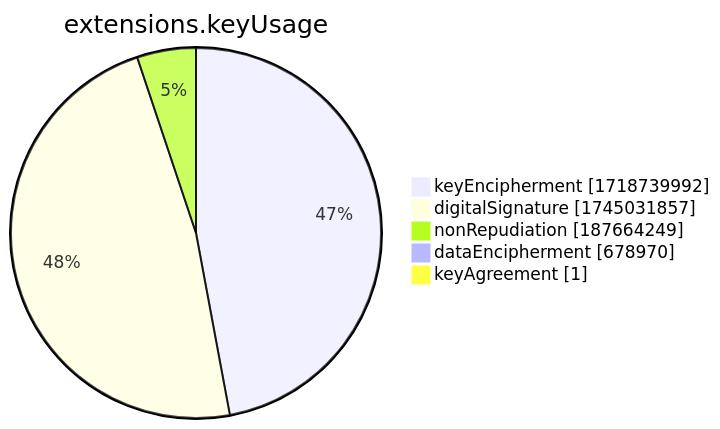
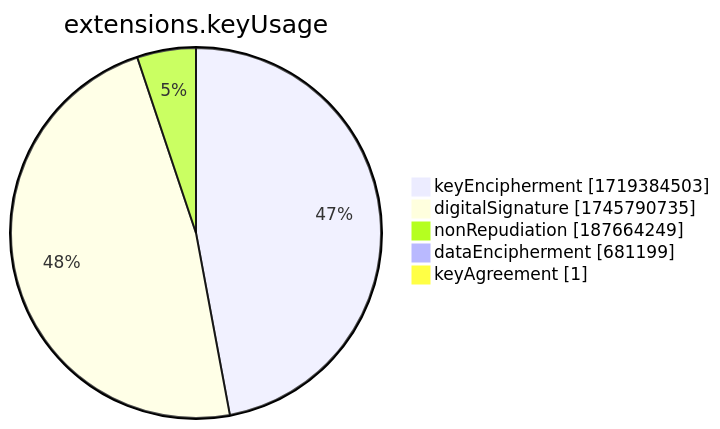
One commit to christiankrug/ctmonitor_visualization changed the seventh of 15 diagrams in xenon2022/README.md. Above: the diagram before and after it, drawn with Mermaid. The commit also changed other lines of this file, not shown here.

````diff
--- a/xenon2022/README.md
+++ b/xenon2022/README.md
@@ -2858,9 +2858,9 @@
 ```mermaid
 pie showData
 title extensions.keyUsage
-"keyEncipherment" :1718739992
-"digitalSignature" :1745031857
+"keyEncipherment" :1719384503
+"digitalSignature" :1745790735
 "nonRepudiation" :187664249
-"dataEncipherment" :678970
+"dataEncipherment" :681199
 "keyAgreement" :1
 ```
````
